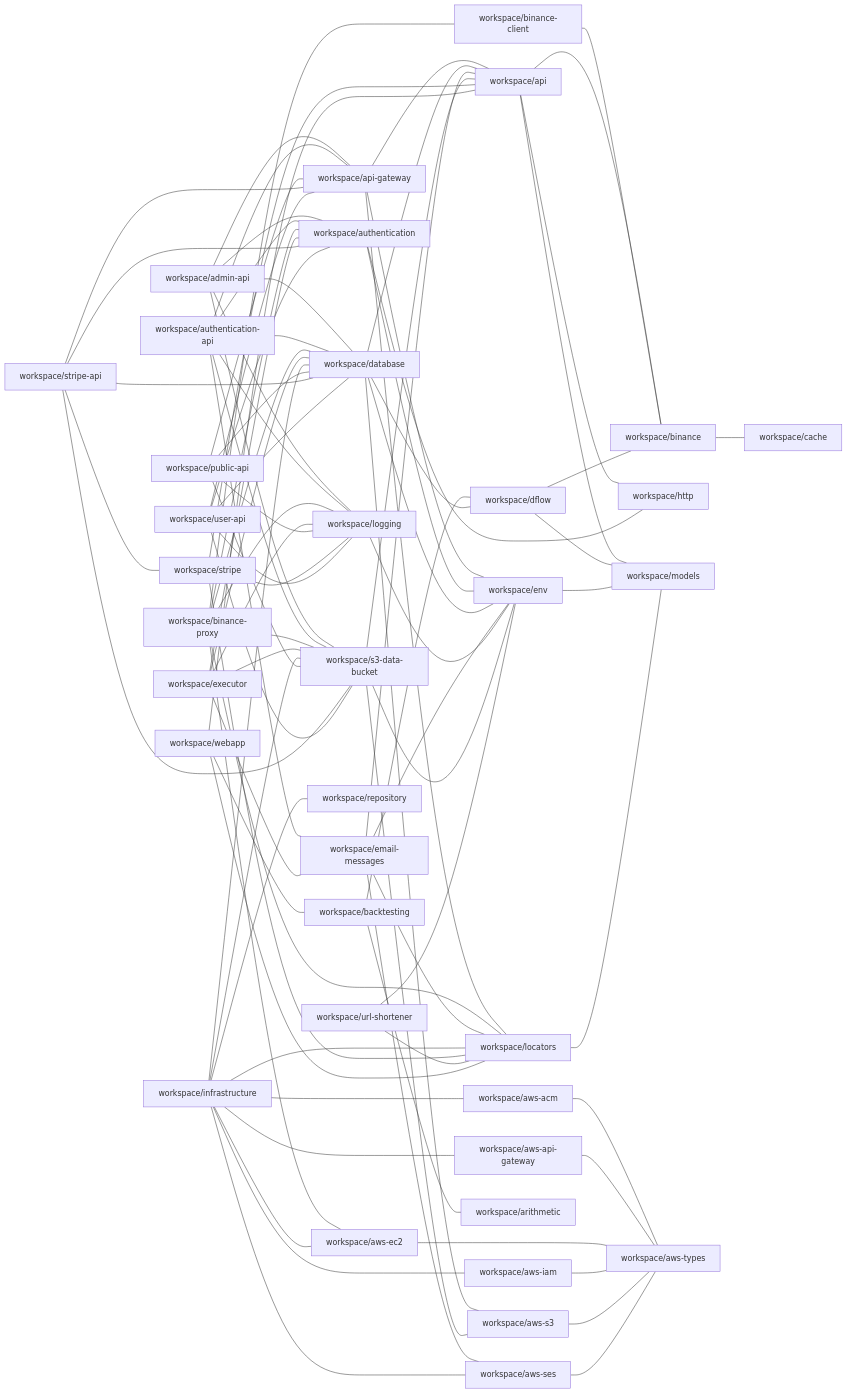
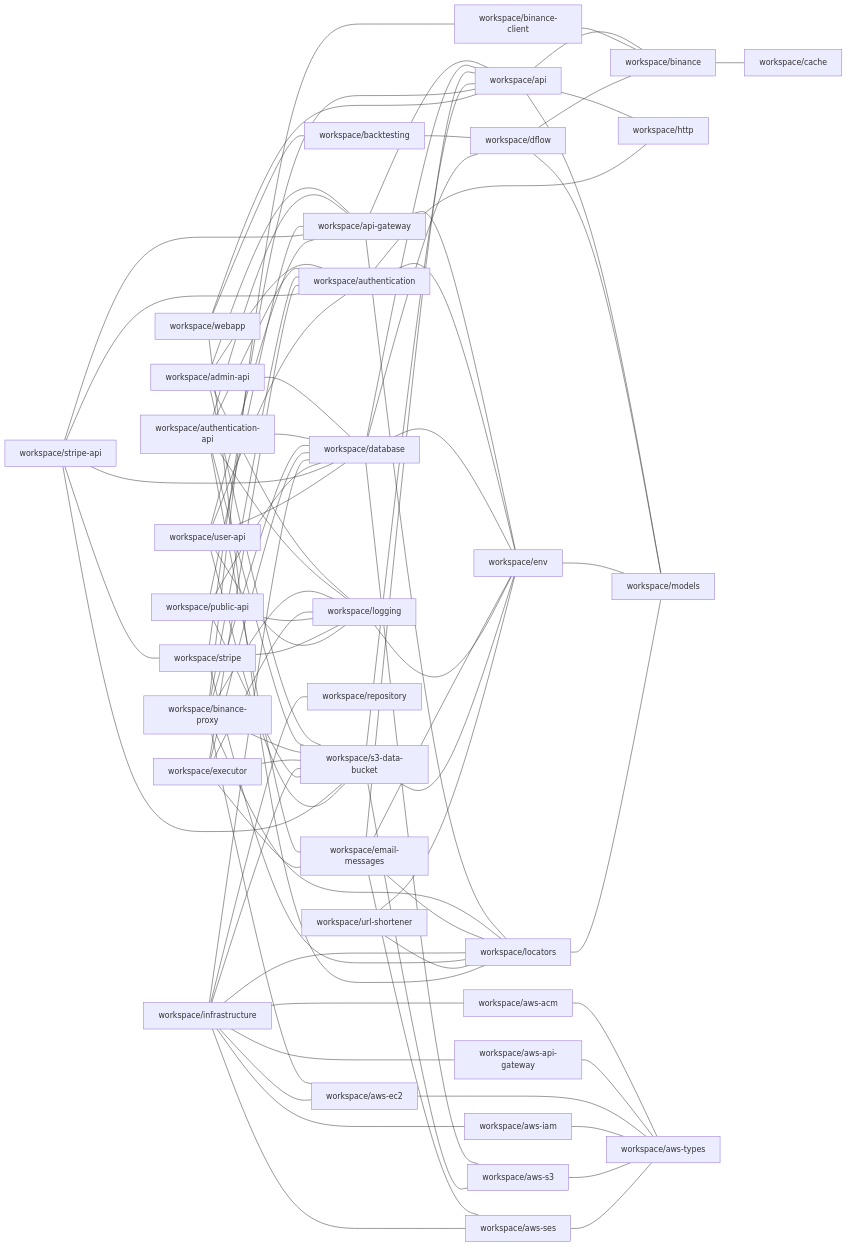
One commit to ggbot-org/ggbot changed the diagram in repository/docs/npm-dependencies.md. Above: the diagram before and after it, drawn with Mermaid. The commit also changed other lines of this file and 19 other files, not shown here.

```diff
--- a/repository/docs/npm-dependencies.md
+++ b/repository/docs/npm-dependencies.md
@@ -30,7 +29,6 @@
     workspace/aws-iam --- workspace/aws-types
     workspace/aws-s3 --- workspace/aws-types
     workspace/aws-ses --- workspace/aws-types
-    workspace/backtesting --- workspace/arithmetic
     workspace/backtesting --- workspace/dflow
     workspace/binance --- workspace/cache
     workspace/binance-client --- workspace/binance
```
